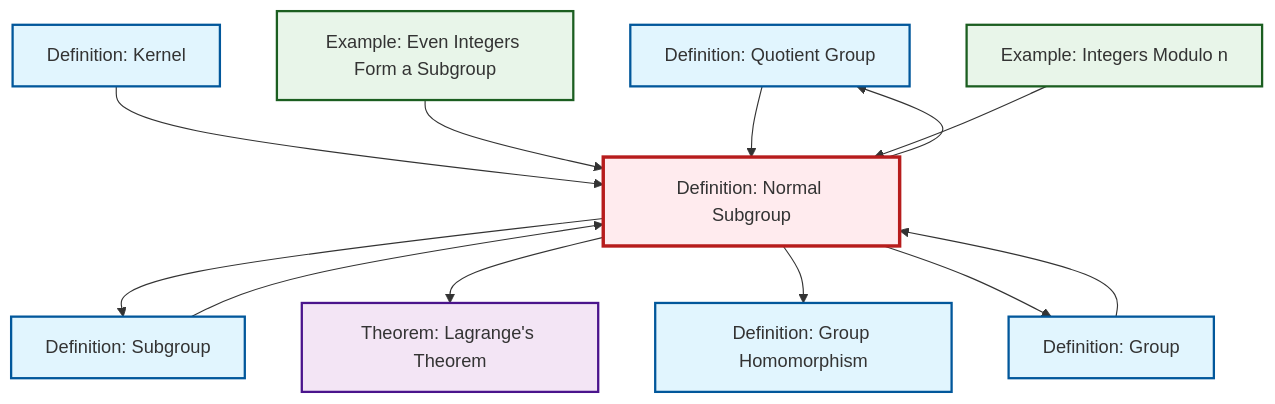
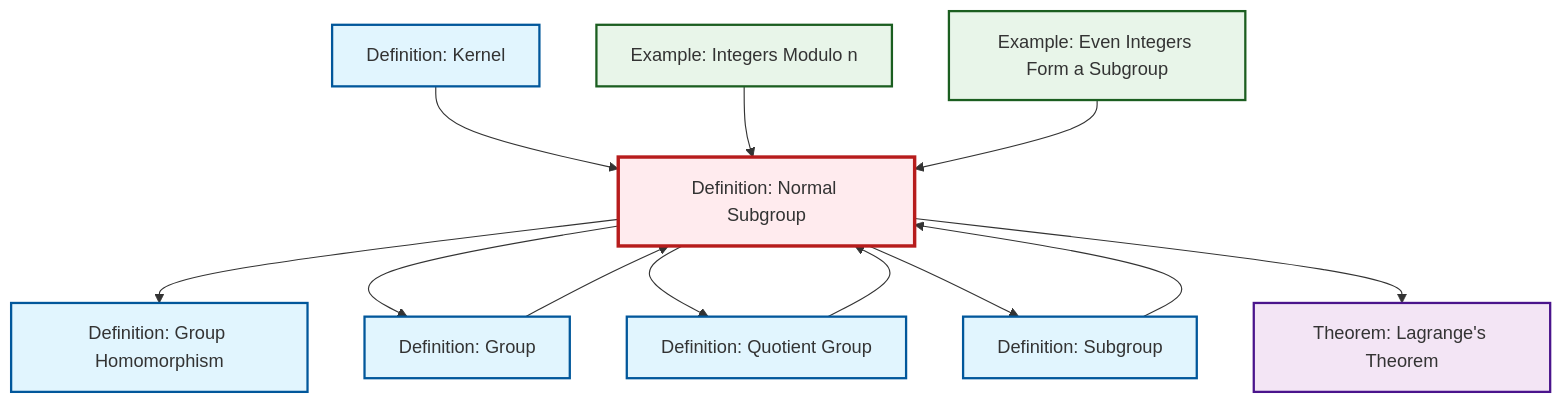
The diagram in content/en/algebra/def-normal-subgroup.qmd (RK0429/ModernMath), drawn with Mermaid before and after one commit. The commit also changed other lines of this file and 530 other files, not shown here.

````diff
--- a/content/en/algebra/def-normal-subgroup.qmd
+++ b/content/en/algebra/def-normal-subgroup.qmd
@@ -88,38 +88,38 @@
 ```{mermaid}
 %%| fig-cap: "Local dependency graph"
 graph TD
     classDef definition fill:#e1f5fe,stroke:#01579b,stroke-width:2px
     classDef theorem fill:#f3e5f5,stroke:#4a148c,stroke-width:2px
     classDef axiom fill:#fff3e0,stroke:#e65100,stroke-width:2px
     classDef example fill:#e8f5e9,stroke:#1b5e20,stroke-width:2px
     classDef current fill:#ffebee,stroke:#b71c1c,stroke-width:3px
+    def-normal-subgroup["Definition: Normal Subgroup"]:::definition
+    def-subgroup["Definition: Subgroup"]:::definition
+    def-kernel["Definition: Kernel"]:::definition
+    def-group["Definition: Group"]:::definition
+    def-homomorphism["Definition: Group Homomorphism"]:::definition
     def-quotient-group["Definition: Quotient Group"]:::definition
-    def-normal-subgroup["Definition: Normal Subgroup"]:::definition
-    def-homomorphism["Definition: Group Homomorphism"]:::definition
-    def-kernel["Definition: Kernel"]:::definition
     thm-lagrange["Theorem: Lagrange's Theorem"]:::theorem
+    ex-even-integers-subgroup["Example: Even Integers Form a Subgroup"]:::example
     ex-quotient-integers-mod-n["Example: Integers Modulo n"]:::example
-    ex-even-integers-subgroup["Example: Even Integers Form a Subgroup"]:::example
-    def-subgroup["Definition: Subgroup"]:::definition
-    def-group["Definition: Group"]:::definition
+    def-normal-subgroup --> def-homomorphism
     def-kernel --> def-normal-subgroup
+    def-normal-subgroup --> def-group
     def-normal-subgroup --> def-quotient-group
+    ex-quotient-integers-mod-n --> def-normal-subgroup
     def-normal-subgroup --> def-subgroup
+    def-subgroup --> def-normal-subgroup
     def-group --> def-normal-subgroup
-    def-subgroup --> def-normal-subgroup
+    def-quotient-group --> def-normal-subgroup
+    ex-even-integers-subgroup --> def-normal-subgroup
     def-normal-subgroup --> thm-lagrange
-    ex-even-integers-subgroup --> def-normal-subgroup
-    def-quotient-group --> def-normal-subgroup
-    def-normal-subgroup --> def-homomorphism
-    ex-quotient-integers-mod-n --> def-normal-subgroup
-    def-normal-subgroup --> def-group
     class def-normal-subgroup current
+    click def-subgroup "def-subgroup.html" "Go to Subgroup definition"
+    click def-kernel "def-kernel.html" "Go to Kernel definition"
+    click def-group "def-group.html" "Go to Group definition"
+    click def-homomorphism "def-homomorphism.html" "Go to Group Homomorphism definition"
     click def-quotient-group "def-quotient-group.html" "Go to Quotient Group definition"
-    click def-homomorphism "def-homomorphism.html" "Go to Group Homomorphism definition"
-    click def-kernel "def-kernel.html" "Go to Kernel definition"
     click thm-lagrange "thm-lagrange.html" "Go to Lagrange's Theorem theorem"
+    click ex-even-integers-subgroup "ex-even-integers-subgroup.html" "Go to Even Integers Form a Subgroup example"
     click ex-quotient-integers-mod-n "ex-quotient-integers-mod-n.html" "Go to Integers Modulo n example"
-    click ex-even-integers-subgroup "ex-even-integers-subgroup.html" "Go to Even Integers Form a Subgroup example"
-    click def-subgroup "def-subgroup.html" "Go to Subgroup definition"
-    click def-group "def-group.html" "Go to Group definition"
 ```
````
